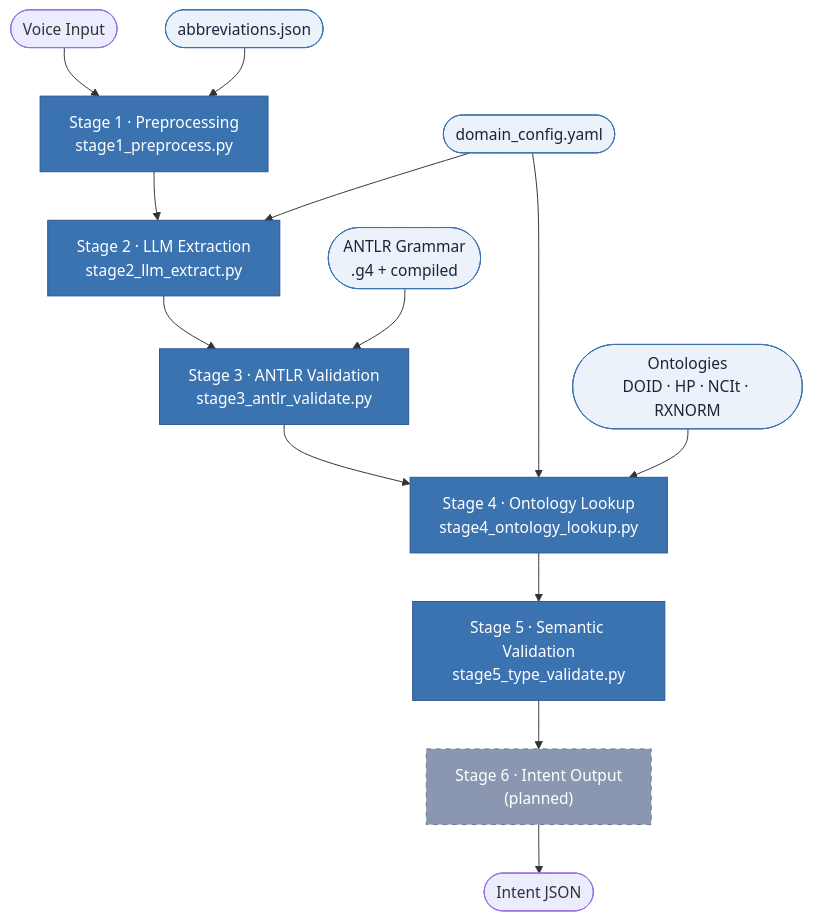
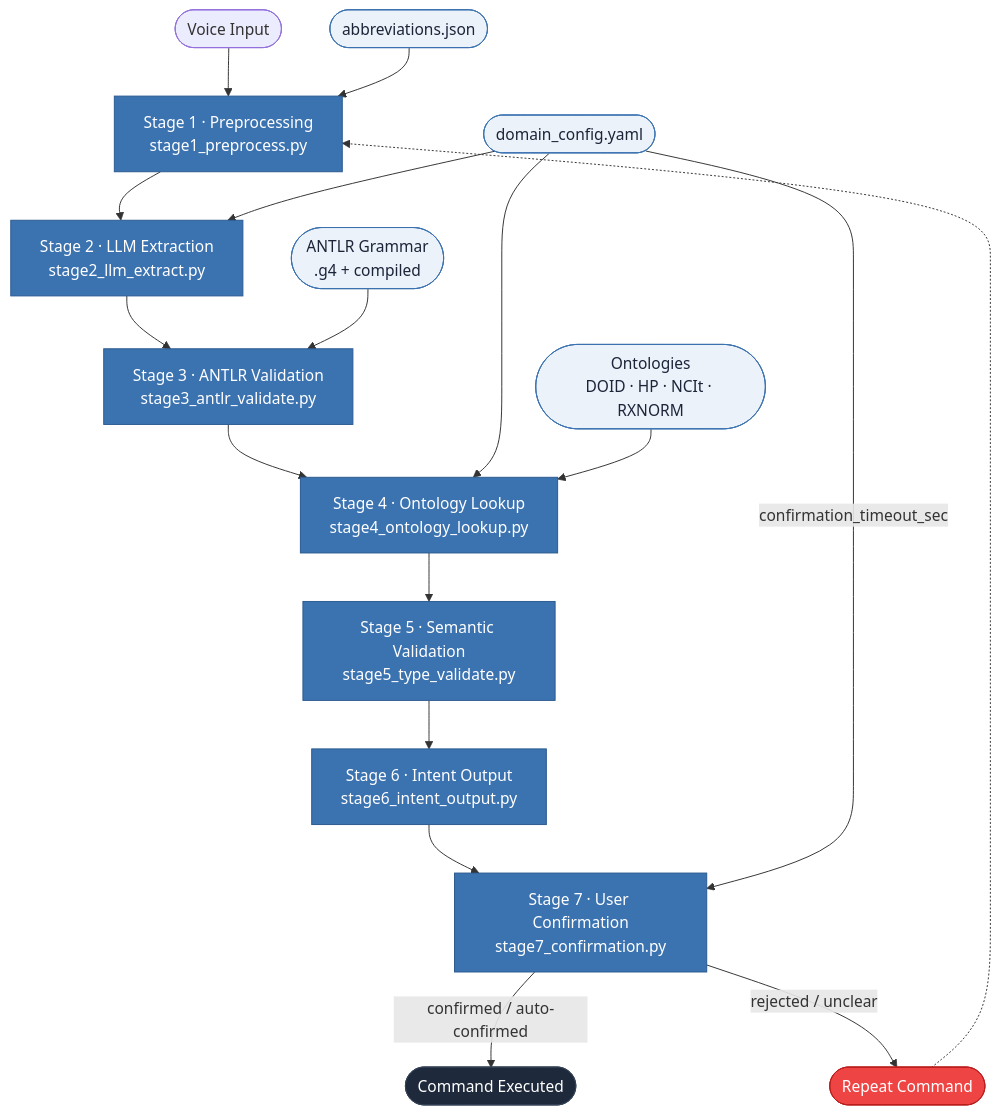
One commit to anushkajoshi909/medical-voice-intent-pipeline changed the first of 3 diagrams in docs/uml_diagrams.md. Above: the diagram before and after it, drawn with Mermaid. The commit also changed other lines of this file and 9 other files, not shown here.

Commit message:
Implement Stage 6 (intent JSON) and Stage 7 (user confirmation); add findings.md; fix DrugResult JSON serialization bug; remove eval-set contamination from few-shot examples

````diff
--- a/docs/uml_diagrams.md
+++ b/docs/uml_diagrams.md
@@ -15,24 +15,29 @@
 ```mermaid
 graph TD
     IN([Voice Input]) --> S1
 
     S1["Stage 1 · Preprocessing\nstage1_preprocess.py"]:::impl
     S2["Stage 2 · LLM Extraction\nstage2_llm_extract.py"]:::impl
     S3["Stage 3 · ANTLR Validation\nstage3_antlr_validate.py"]:::impl
     S4["Stage 4 · Ontology Lookup\nstage4_ontology_lookup.py"]:::impl
     S5["Stage 5 · Semantic Validation\nstage5_type_validate.py"]:::impl
-    S6["Stage 6 · Intent Output\n(planned)"]:::planned
+    S6["Stage 6 · Intent Output\nstage6_intent_output.py"]:::impl
+    S7["Stage 7 · User Confirmation\nstage7_confirmation.py"]:::impl
 
-    S1 --> S2 --> S3 --> S4 --> S5 --> S6
-    S6 --> OUT([Intent JSON])
+    S1 --> S2 --> S3 --> S4 --> S5 --> S6 --> S7
+    S7 -->|confirmed / auto-confirmed| OUT([Command Executed]):::src
+    S7 -->|rejected / unclear| RPT([Repeat Command]):::rej
+    RPT -.-> S1
 
     ABB([abbreviations.json]):::cfg --> S1
     DC([domain_config.yaml]):::cfg --> S2
     DC --> S4
+    DC -->|confirmation_timeout_sec| S7
     GR([ANTLR Grammar\n.g4 + compiled]):::cfg --> S3
     ONT([Ontologies\nDOID · HP · NCIt · RXNORM]):::cfg --> S4
 
     classDef impl fill:#3B72B0,color:#fff,stroke:#2A5A90
-    classDef planned fill:#8B97B0,color:#fff,stroke:#6B7A90,stroke-dasharray:5 5
     classDef cfg fill:#EBF2FA,color:#1C2438,stroke:#3B72B0
+    classDef src fill:#1e293b,color:#fff,stroke:#334155
+    classDef rej fill:#ef4444,color:#fff,stroke:#b91c1c
 ```
````
